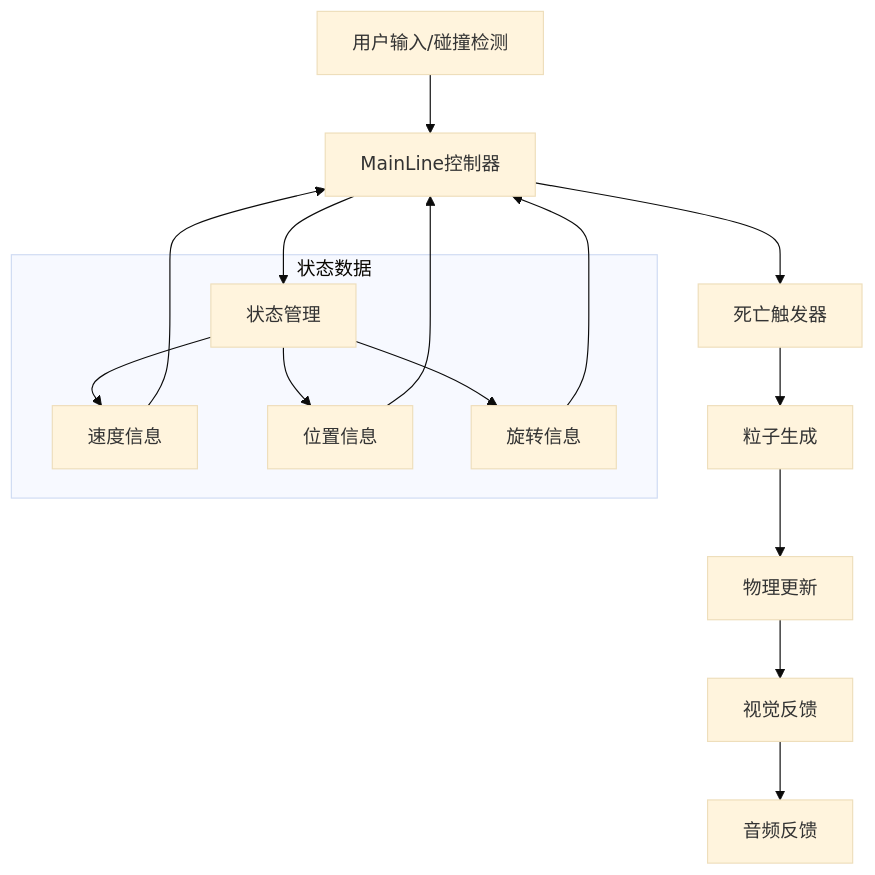
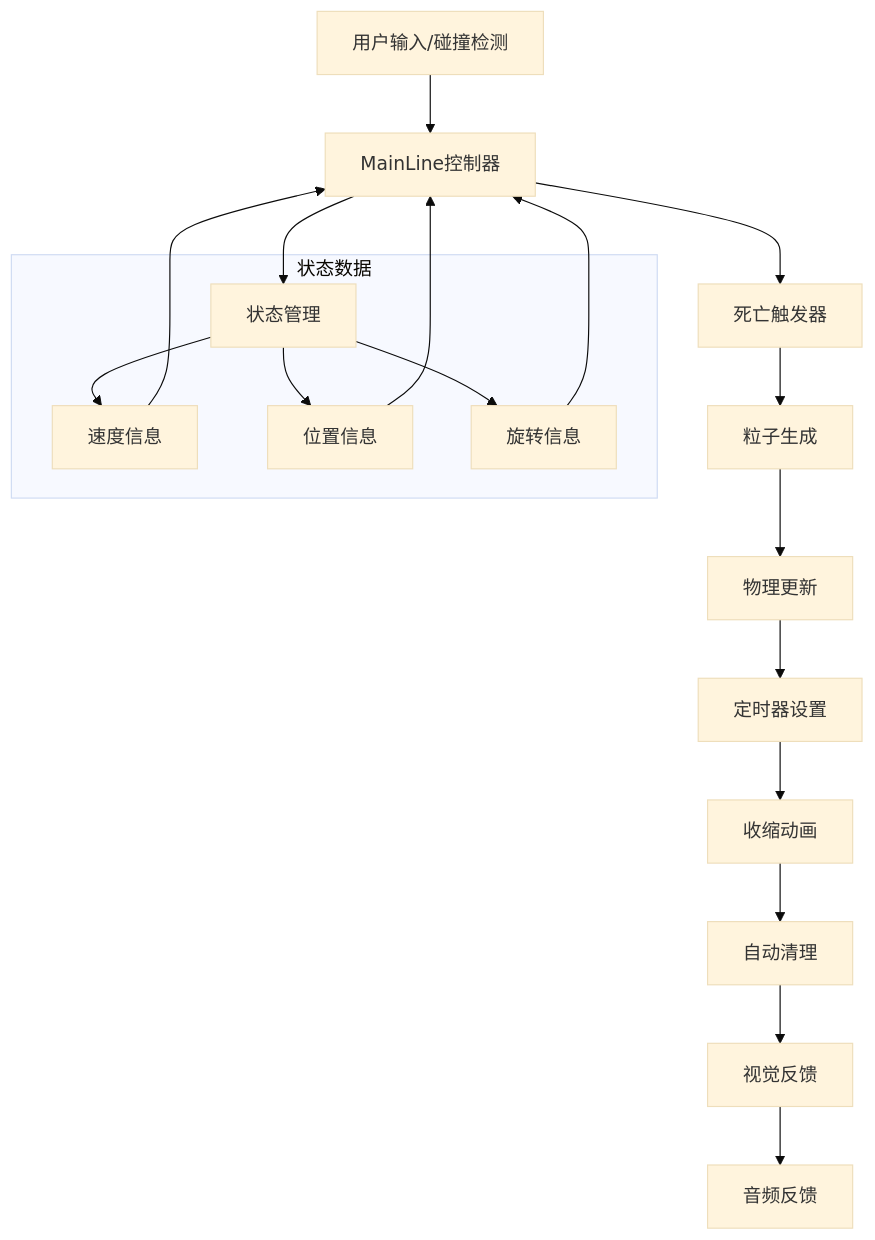
Before and after one commit to godotline/godot-line: the tenth of 10 diagrams in .qoder/repowiki/zh/content/游戏系统/触发器系统/特殊效果触发器/死亡粒子系统.md, drawn with Mermaid (base theme). The commit also changed other lines of this file and 28 other files, not shown here.

````diff
--- a/.qoder/repowiki/zh/content/游戏系统/触发器系统/特殊效果触发器/死亡粒子系统.md
+++ b/.qoder/repowiki/zh/content/游戏系统/触发器系统/特殊效果触发器/死亡粒子系统.md
@@ -372,18 +438,21 @@
 ```mermaid
 flowchart TD
 Input[用户输入/碰撞检测] --> MainLine[MainLine控制器]
 MainLine --> State[状态管理]
 MainLine --> DeathTrigger[死亡触发器]
 DeathTrigger --> ParticleSpawn[粒子生成]
 ParticleSpawn --> PhysicsUpdate[物理更新]
-PhysicsUpdate --> VisualFeedback[视觉反馈]
+PhysicsUpdate --> TimerSetup[定时器设置]
+TimerSetup --> ShrinkAnimation[收缩动画]
+ShrinkAnimation --> AutoCleanup[自动清理]
+AutoCleanup --> VisualFeedback[视觉反馈]
 VisualFeedback --> AudioFeedback[音频反馈]
 subgraph "状态数据"
 State --> Speed[速度信息]
 State --> Position[位置信息]
 State --> Rotation[旋转信息]
 end
 Speed --> MainLine
 Position --> MainLine
 Rotation --> MainLine
 ```
````
